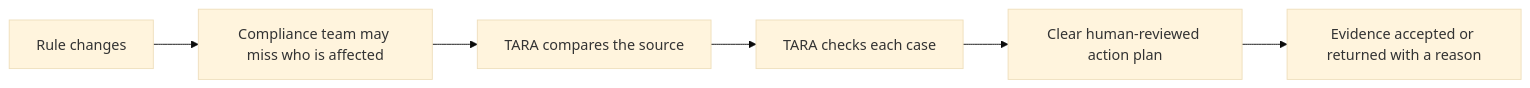
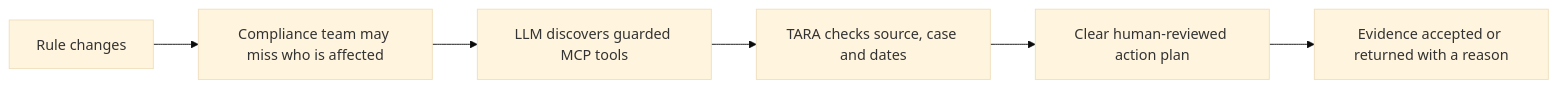
Before and after one commit to hbapuram/TARA-Regulatory-Change-Agent: the diagram in docs/judge-slide-checklist.md, drawn with Mermaid (base theme). The commit also changed other lines of this file and 17 other files, not shown here.

Commit message:
Integrate LLM orchestration and readable MCP trace

````diff
--- a/docs/judge-slide-checklist.md
+++ b/docs/judge-slide-checklist.md
@@ -9,8 +9,8 @@
 ```mermaid
 flowchart LR
     A[Rule changes] --> B[Compliance team may miss who is affected]
-    B --> C[TARA compares the source]
-    C --> D[TARA checks each case]
+    B --> C[LLM discovers guarded MCP tools]
+    C --> D[TARA checks source, case and dates]
     D --> E[Clear human-reviewed action plan]
     E --> F[Evidence accepted or returned with a reason]
 ```
````
